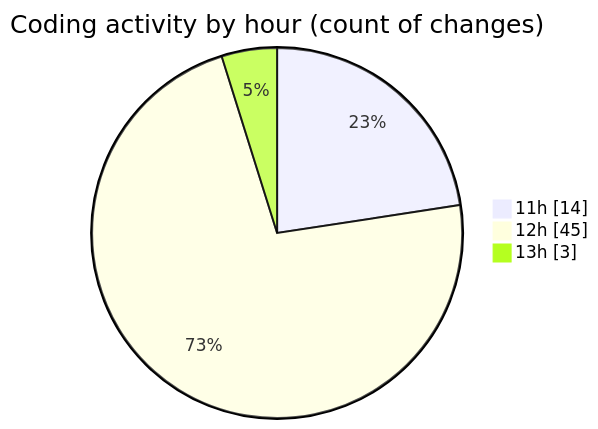
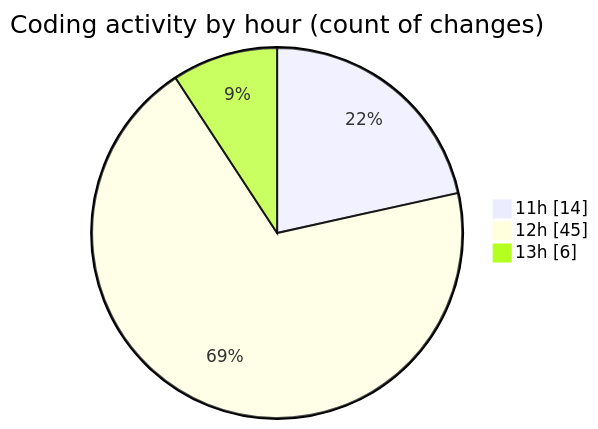
Before and after one commit to nxtqubesakshisongat/code-tracking: the second of 2 diagrams in 2026-08-24/nxtqube_webapp/README.md, drawn with Mermaid. The commit also changed other lines of this file and 1 other file, not shown here.

````diff
--- a/2026-08-24/nxtqube_webapp/README.md
+++ b/2026-08-24/nxtqube_webapp/README.md
@@ -41,7 +41,7 @@
 ```mermaid
 pie showData
 title Coding activity by hour (count of changes)
 "11h" : 14
 "12h" : 45
-"13h" : 3
+"13h" : 6
 ```
````
